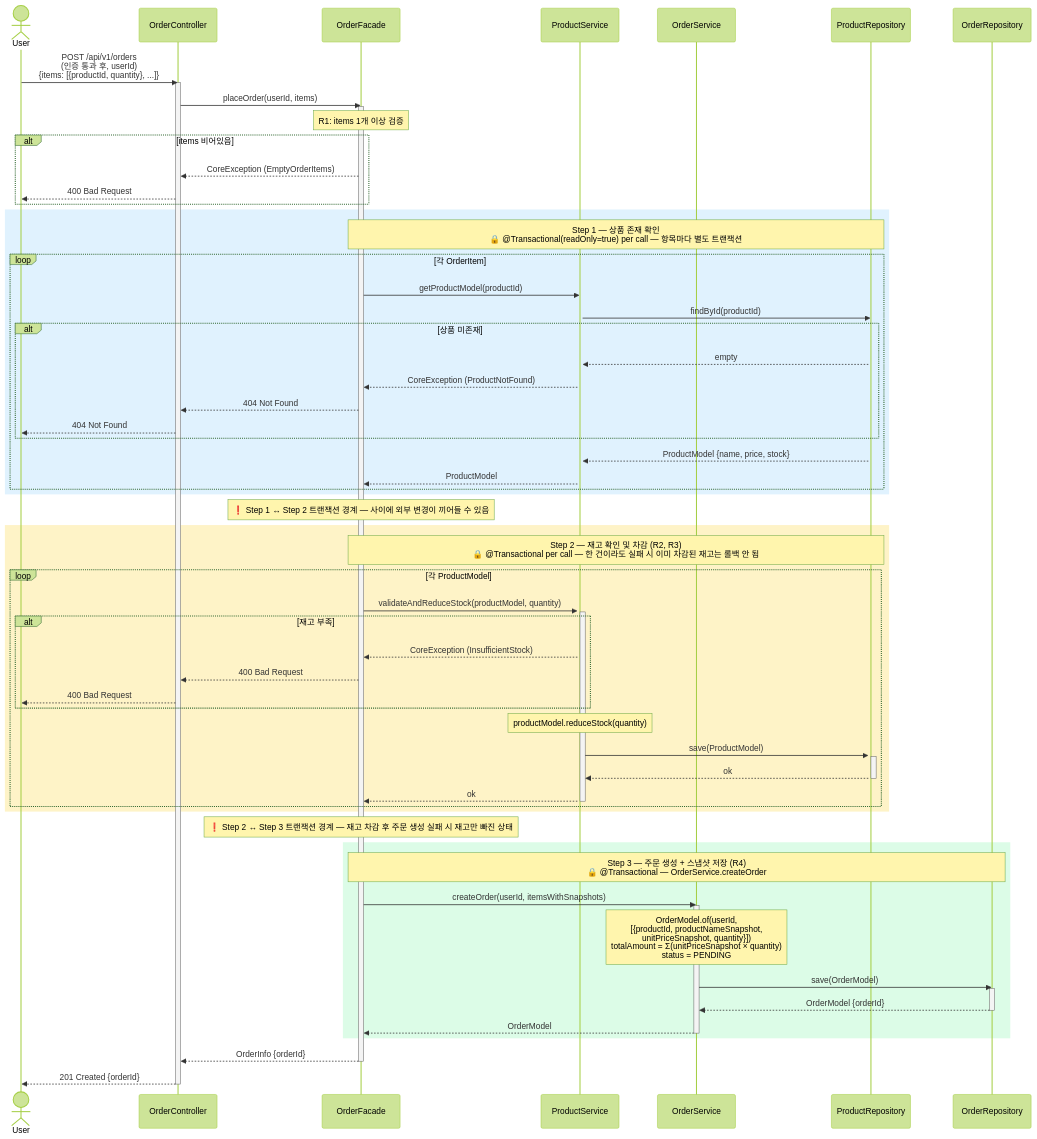
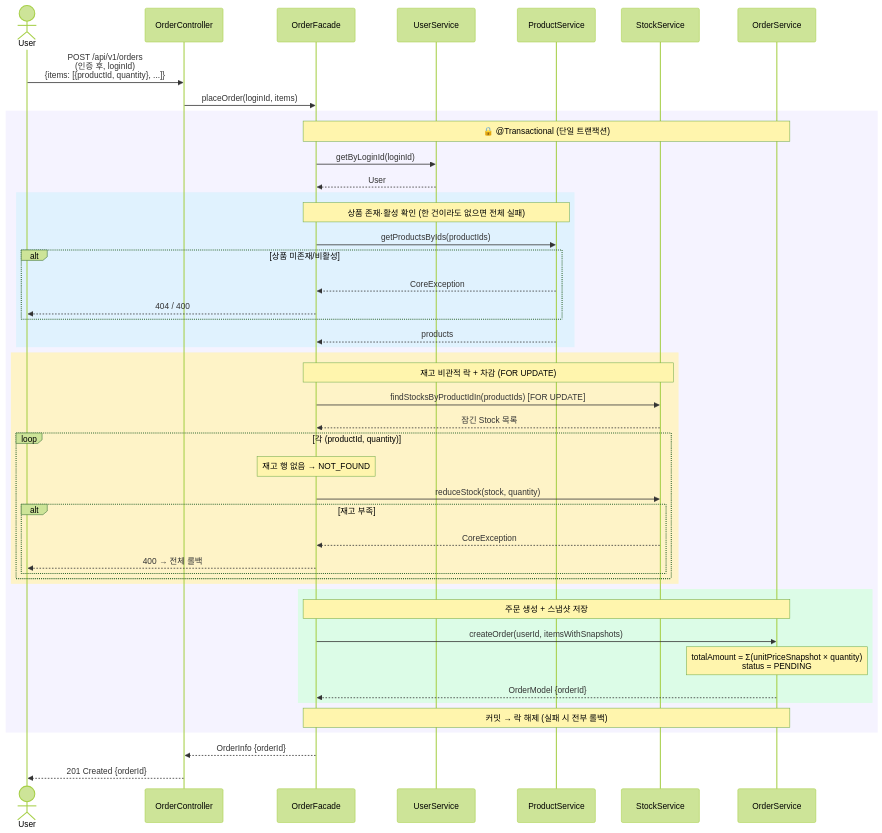
Before and after one commit to Rojojun/loop-pack-be-l2-vol4-kotlin: the fourth of 6 diagrams in .docs/design/02-sequence-diagrams.md, drawn with Mermaid (forest theme). The commit also changed other lines of this file and 5 other files, not shown here.

````diff
--- a/.docs/design/02-sequence-diagrams.md
+++ b/.docs/design/02-sequence-diagrams.md
@@ -324,82 +328,56 @@
 ```mermaid
 sequenceDiagram
     actor User
     participant OC as OrderController
     participant OF as OrderFacade
+    participant US as UserService
     participant PS as ProductService
+    participant SS as StockService
     participant OS as OrderService
-    participant PR as ProductRepository
-    participant OR as OrderRepository
 
-    User->>OC: POST /api/v1/orders<br/>(인증 통과 후, userId)<br/>{items: [{productId, quantity}, ...]}
-    activate OC
+    User->>OC: POST /api/v1/orders<br/>(인증 후, loginId)<br/>{items: [{productId, quantity}, ...]}
+    OC->>OF: placeOrder(loginId, items)
 
-    OC->>OF: placeOrder(userId, items)
-    activate OF
+    rect rgb(245, 243, 255)
+        Note over OF,OS: 🔒 @Transactional (단일 트랜잭션)
 
-    Note over OF: R1: items 1개 이상 검증
-    alt items 비어있음
-        OF-->>OC: CoreException (EmptyOrderItems)
-        OC-->>User: 400 Bad Request
-    end
+        OF->>US: getByLoginId(loginId)
+        US-->>OF: User
 
-    rect rgb(224, 242, 254)
-        Note over OF,PR: Step 1 — 상품 존재 확인<br/>🔒 @Transactional(readOnly=true) per call — 항목마다 별도 트랜잭션
-        loop 각 OrderItem
-            OF->>PS: getProductModel(productId)
-            activate PS
-            PS->>PR: findById(productId)
-            activate PR
-            alt 상품 미존재
-                PR-->>PS: empty
-                PS-->>OF: CoreException (ProductNotFound)
-                OF-->>OC: 404 Not Found
-                OC-->>User: 404 Not Found
+        rect rgb(224, 242, 254)
+            Note over OF,PS: 상품 존재·활성 확인 (한 건이라도 없으면 전체 실패)
+            OF->>PS: getProductsByIds(productIds)
+            alt 상품 미존재/비활성
+                PS-->>OF: CoreException
+                OF-->>User: 404 / 400
             end
-            PR-->>PS: ProductModel {name, price, stock}
-            PS-->>OF: ProductModel
+            PS-->>OF: products
         end
-    end
 
-    Note over OF: ❗ Step 1 ↔ Step 2 트랜잭션 경계 — 사이에 외부 변경이 끼어들 수 있음
+        rect rgb(254, 243, 199)
+            Note over OF,SS: 재고 비관적 락 + 차감 (FOR UPDATE)
+            OF->>SS: findStocksByProductIdIn(productIds)  [FOR UPDATE]
+            SS-->>OF: 잠긴 Stock 목록
+            loop 각 (productId, quantity)
+                Note over OF: 재고 행 없음 → NOT_FOUND
+                OF->>SS: reduceStock(stock, quantity)
+                alt 재고 부족
+                    SS-->>OF: CoreException
+                    OF-->>User: 400 → 전체 롤백
+                end
+            end
+        end
 
-    rect rgb(254, 243, 199)
-        Note over OF,PR: Step 2 — 재고 확인 및 차감 (R2, R3)<br/>🔒 @Transactional per call — 한 건이라도 실패 시 이미 차감된 재고는 롤백 안 됨
-        loop 각 ProductModel
-            OF->>PS: validateAndReduceStock(productModel, quantity)
-            activate PS
-            alt 재고 부족
-                PS-->>OF: CoreException (InsufficientStock)
-                OF-->>OC: 400 Bad Request
-                OC-->>User: 400 Bad Request
-            end
-            Note over PS: productModel.reduceStock(quantity)
-            PS->>PR: save(ProductModel)
-            activate PR
-            PR-->>PS: ok
-            deactivate PR
-            PS-->>OF: ok
-            deactivate PS
+        rect rgb(220, 252, 231)
+            Note over OF,OS: 주문 생성 + 스냅샷 저장
+            OF->>OS: createOrder(userId, itemsWithSnapshots)
+            Note over OS: totalAmount = Σ(unitPriceSnapshot × quantity)<br/>status = PENDING
+            OS-->>OF: OrderModel {orderId}
         end
-    end
 
-    Note over OF: ❗ Step 2 ↔ Step 3 트랜잭션 경계 — 재고 차감 후 주문 생성 실패 시 재고만 빠진 상태
-
-    rect rgb(220, 252, 231)
-        Note over OF,OR: Step 3 — 주문 생성 + 스냅샷 저장 (R4)<br/>🔒 @Transactional — OrderService.createOrder
-        OF->>OS: createOrder(userId, itemsWithSnapshots)
-        activate OS
-        Note over OS: OrderModel.of(userId,<br/>  [{productId, productNameSnapshot,<br/>    unitPriceSnapshot, quantity}])<br/>totalAmount = Σ(unitPriceSnapshot × quantity)<br/>status = PENDING
-        OS->>OR: save(OrderModel)
-        activate OR
-        OR-->>OS: OrderModel {orderId}
-        deactivate OR
-        OS-->>OF: OrderModel
-        deactivate OS
+        Note over OF,OS: 커밋 → 락 해제 (실패 시 전부 롤백)
     end
 
     OF-->>OC: OrderInfo {orderId}
-    deactivate OF
     OC-->>User: 201 Created {orderId}
-    deactivate OC
 ```
````
